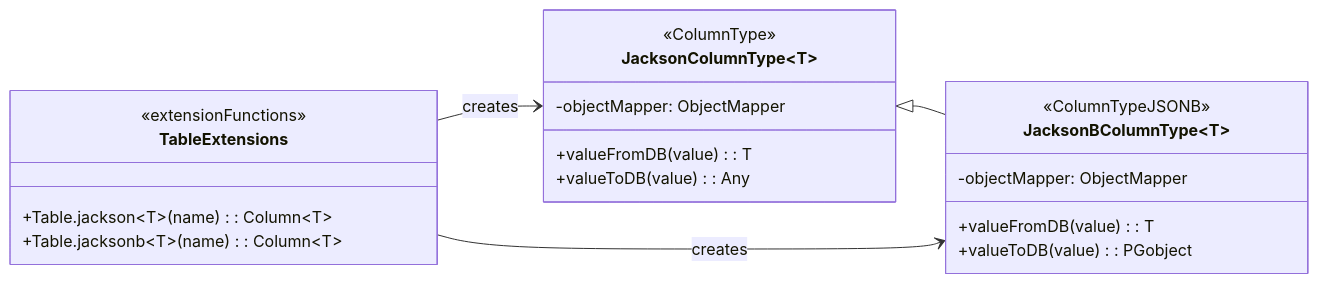
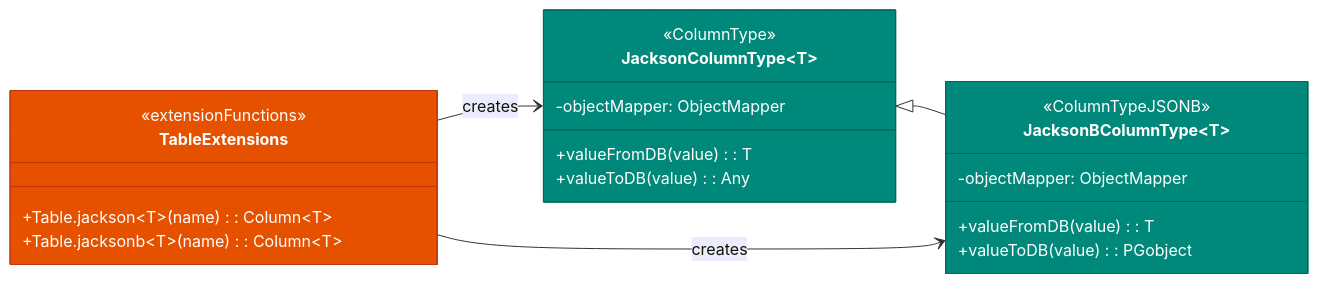
The first of 3 diagrams in data/exposed-jackson3/README.md (bluetape4k/bluetape4k-projects), drawn with Mermaid before and after one commit. The commit also changed other lines of this file and 221 other files, not shown here.

First line of the commit message:
docs: 전체 모듈 README UML 다이어그램 보강 및 색상 업그레이드

````diff
--- a/data/exposed-jackson3/README.md
+++ b/data/exposed-jackson3/README.md
@@ -117,25 +117,28 @@
 ```mermaid
 classDiagram
     direction LR
     class JacksonColumnType~T~ {
         <<ColumnType>>
         -objectMapper: ObjectMapper
         +valueFromDB(value): T
         +valueToDB(value): Any
     }
     class JacksonBColumnType~T~ {
         <<ColumnTypeJSONB>>
         -objectMapper: ObjectMapper
         +valueFromDB(value): T
         +valueToDB(value): PGobject
     }
     class TableExtensions {
         <<extensionFunctions>>
         +Table.jackson~T~(name): Column~T~
         +Table.jacksonb~T~(name): Column~T~
     }
     JacksonColumnType <|-- JacksonBColumnType
     TableExtensions --> JacksonColumnType : creates
     TableExtensions --> JacksonBColumnType : creates
 
+    style JacksonColumnType fill:#00897B,stroke:#00695C,color:#FFFFFF
+    style JacksonBColumnType fill:#00897B,stroke:#00695C,color:#FFFFFF
+    style TableExtensions fill:#E65100,stroke:#BF360C,color:#FFFFFF
 ```
````
